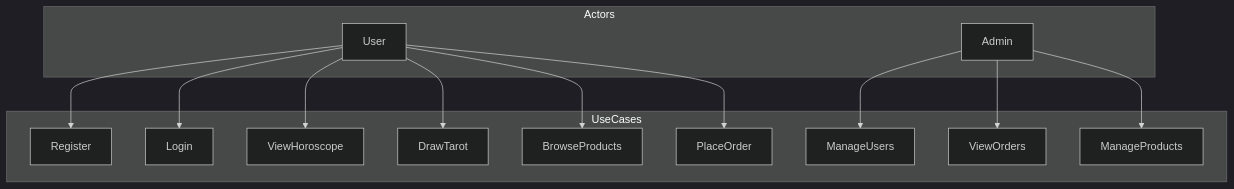
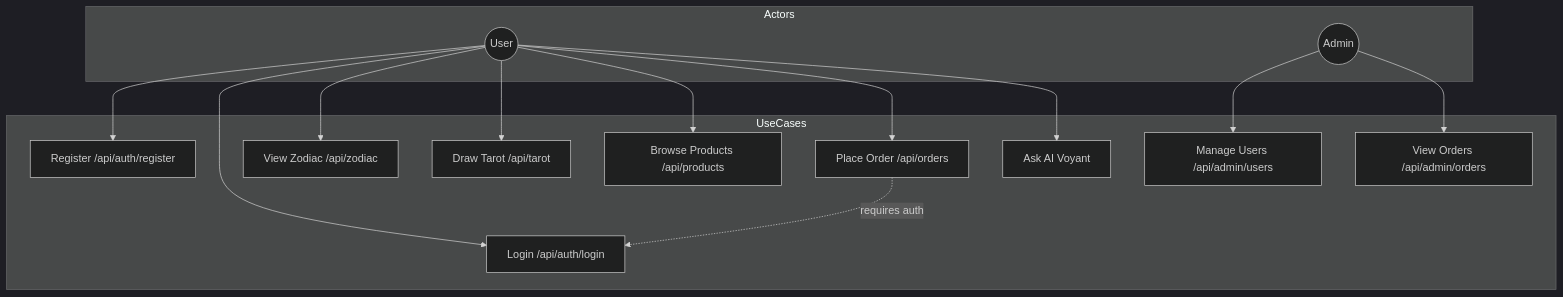
One commit to Yosra933/horoscope changed the third of 3 diagrams in CONCEPTION.md. Above: the diagram before and after it, drawn with Mermaid (dark theme). The commit also changed other lines of this file and 4 other files, not shown here.

````diff
--- a/CONCEPTION.md
+++ b/CONCEPTION.md
@@ -56,27 +114,28 @@
 ```mermaid
 flowchart TB
     subgraph Actors
-        A1[User]
-        A2[Admin]
+        U((User))
+        A((Admin))
     end
     subgraph UseCases
-        Register
-        Login
-        ViewHoroscope
-        DrawTarot
-        BrowseProducts
-        PlaceOrder
-        ManageUsers
-        ViewOrders
-        ManageProducts
+        Register[Register /api/auth/register]
+        Login[Login /api/auth/login]
+        ViewZodiac[View Zodiac /api/zodiac]
+        DrawTarot[Draw Tarot /api/tarot]
+        BrowseProducts[Browse Products /api/products]
+        PlaceOrder[Place Order /api/orders]
+        AskVoyant[Ask AI Voyant]
+        ManageUsers[Manage Users /api/admin/users]
+        ViewOrders[View Orders /api/admin/orders]
     end
-    A1 --> Register
-    A1 --> Login
-    A1 --> ViewHoroscope
-    A1 --> DrawTarot
-    A1 --> BrowseProducts
-    A1 --> PlaceOrder
-    A2 --> ManageUsers
-    A2 --> ViewOrders
-    A2 --> ManageProducts
+    U --> Register
+    U --> Login
+    U --> ViewZodiac
+    U --> DrawTarot
+    U --> BrowseProducts
+    U --> PlaceOrder
+    U --> AskVoyant
+    A --> ManageUsers
+    A --> ViewOrders
+    PlaceOrder -.->|requires auth| Login
 ```
````
